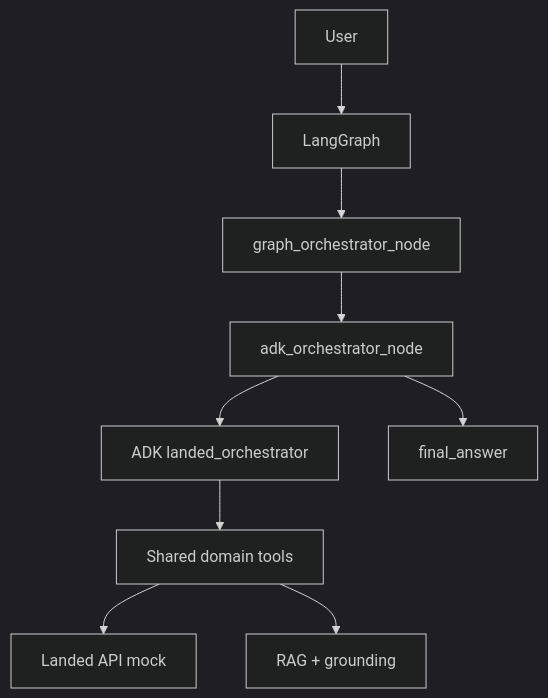
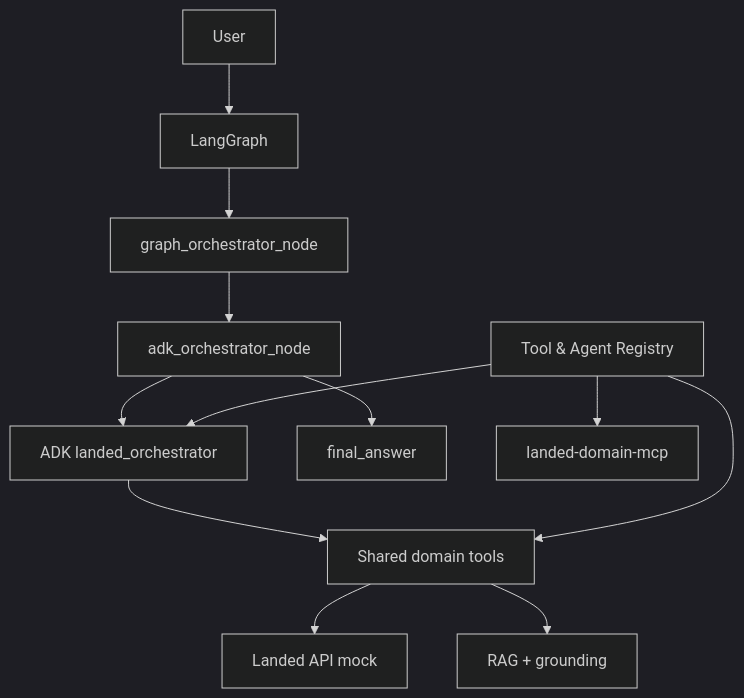
Before and after one commit to luisfm44/landed-agent: the diagram in README.md, drawn with Mermaid (dark theme). The commit also changed other lines of this file and 2 other files, not shown here.

First line of the commit message:
Document the system-level tool and agent registry.

````diff
--- a/README.md
+++ b/README.md
@@ -16,11 +17,17 @@
 ```mermaid
 flowchart TB
+    REG[Tool & Agent Registry]
+
     USER[User] --> LG[LangGraph]
     LG --> GO[graph_orchestrator_node]
     GO --> AO[adk_orchestrator_node]
     AO --> ADK[ADK landed_orchestrator]
     ADK --> TOOLS[Shared domain tools]
     TOOLS --> API[Landed API mock]
     TOOLS --> RAG[RAG + grounding]
     AO --> ANSWER[final_answer]
+
+    REG --> ADK
+    REG --> TOOLS
+    REG --> MCP[landed-domain-mcp]
 ```
````
